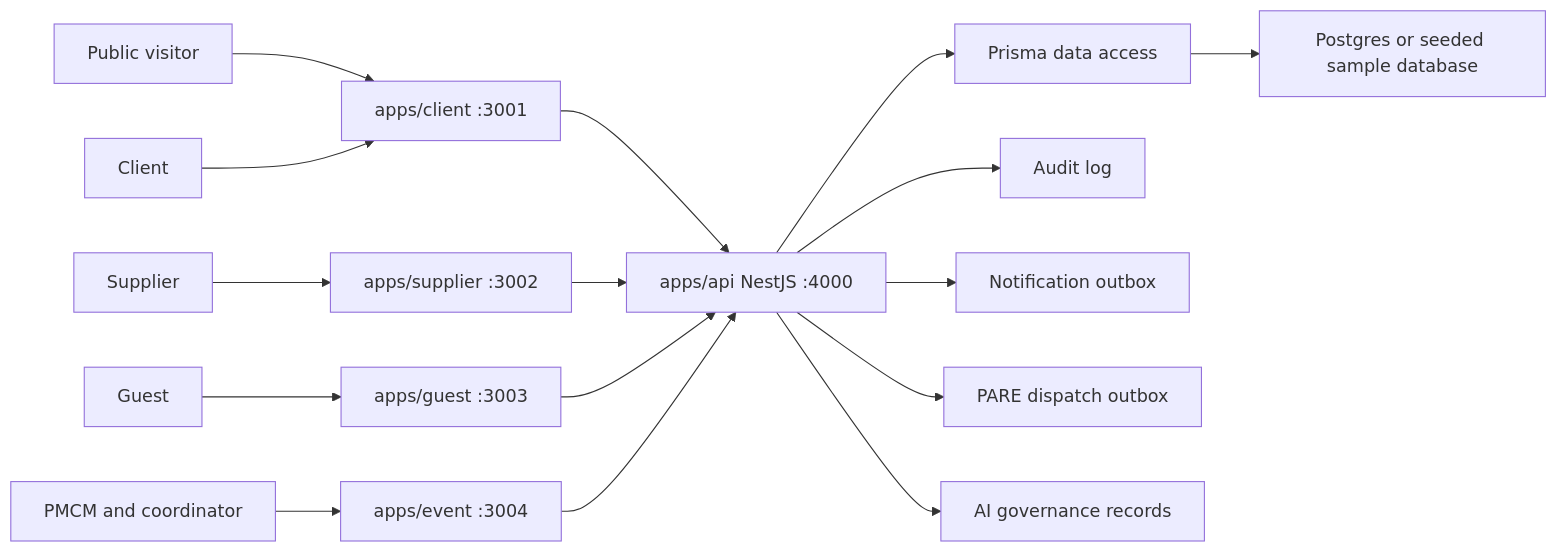
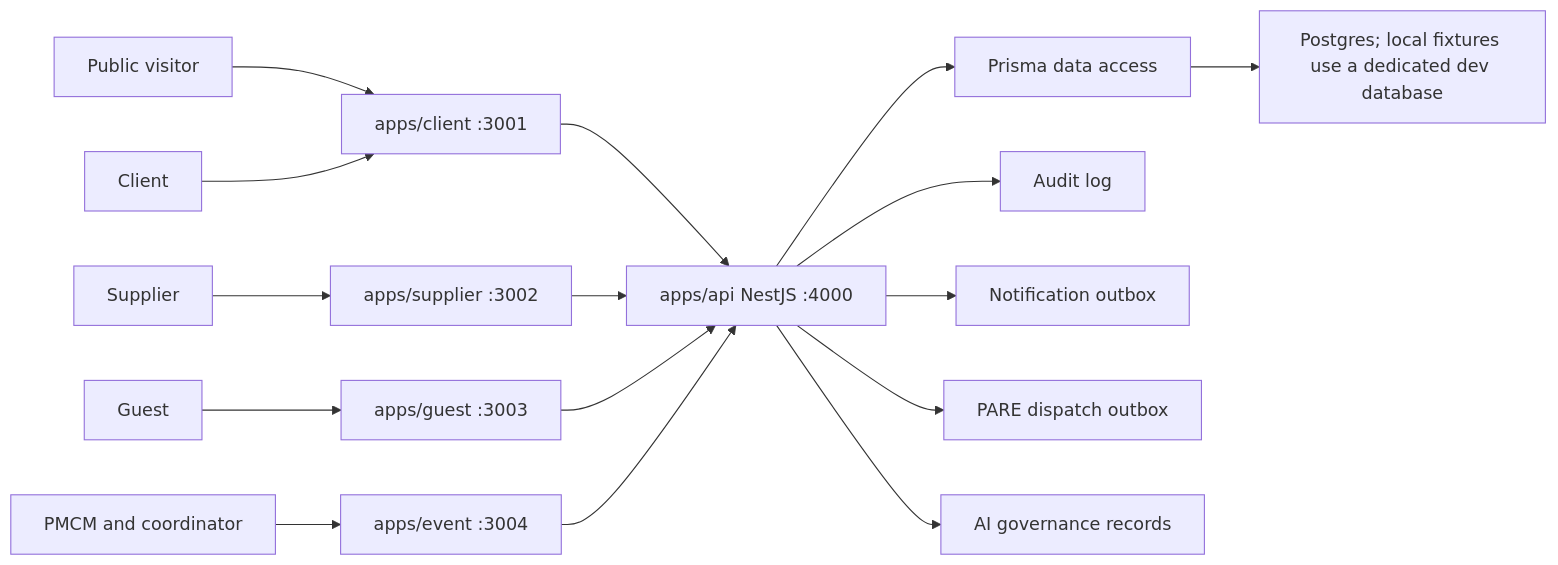
Before and after one commit to The-Team-CG/prism: the diagram in docs/architecture/current-architecture.md, drawn with Mermaid. The commit also changed other lines of this file and 98 other files, not shown here.

Commit message:
refactor: retire sample runtime, keep local fixtures

````diff
--- a/docs/architecture/current-architecture.md
+++ b/docs/architecture/current-architecture.md
@@ -77,19 +77,19 @@
 ```mermaid
 flowchart LR
   Public["Public visitor"] --> ClientApp["apps/client :3001"]
   Client["Client"] --> ClientApp
   Supplier["Supplier"] --> SupplierApp["apps/supplier :3002"]
   Guest["Guest"] --> GuestApp["apps/guest :3003"]
   PMCM["PMCM and coordinator"] --> EventApp["apps/event :3004"]
 
   ClientApp --> Api["apps/api NestJS :4000"]
   SupplierApp --> Api
   GuestApp --> Api
   EventApp --> Api
   Api --> Prisma["Prisma data access"]
-  Prisma --> Postgres["Postgres or seeded sample database"]
+  Prisma --> Postgres["Postgres; local fixtures use a dedicated dev database"]
   Api --> Audit["Audit log"]
   Api --> Notifications["Notification outbox"]
   Api --> PareDispatch["PARE dispatch outbox"]
   Api --> AiGov["AI governance records"]
 ```
````
